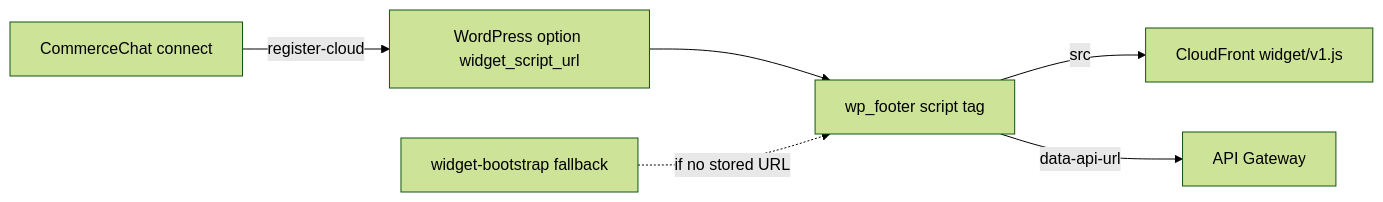
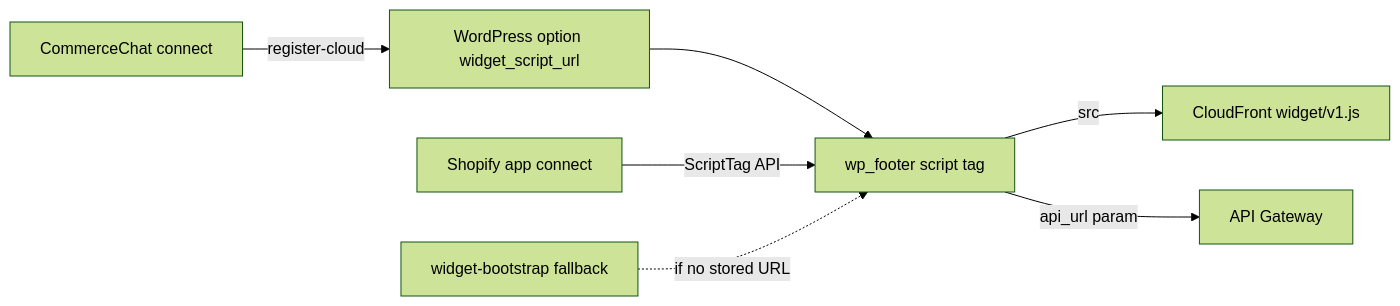
One commit to manikya/chat-bot changed the diagram in docs/functions/07-web-chat-widget.md. Above: the diagram before and after it, drawn with Mermaid (forest theme). The commit also changed other lines of this file and 10 other files, not shown here.

````diff
--- a/docs/functions/07-web-chat-widget.md
+++ b/docs/functions/07-web-chat-widget.md
@@ -217,8 +227,9 @@
 ```mermaid
 flowchart LR
   CC[CommerceChat connect] -->|register-cloud| WP[WordPress option widget_script_url]
   WP --> RENDER[wp_footer script tag]
+  SH[Shopify app connect] -->|ScriptTag API| RENDER
   RENDER -->|src| CDN[CloudFront widget/v1.js]
-  RENDER -->|data-api-url| API[API Gateway]
+  RENDER -->|api_url param| API[API Gateway]
   BOOT[widget-bootstrap fallback] -.->|if no stored URL| RENDER
 ```
````
